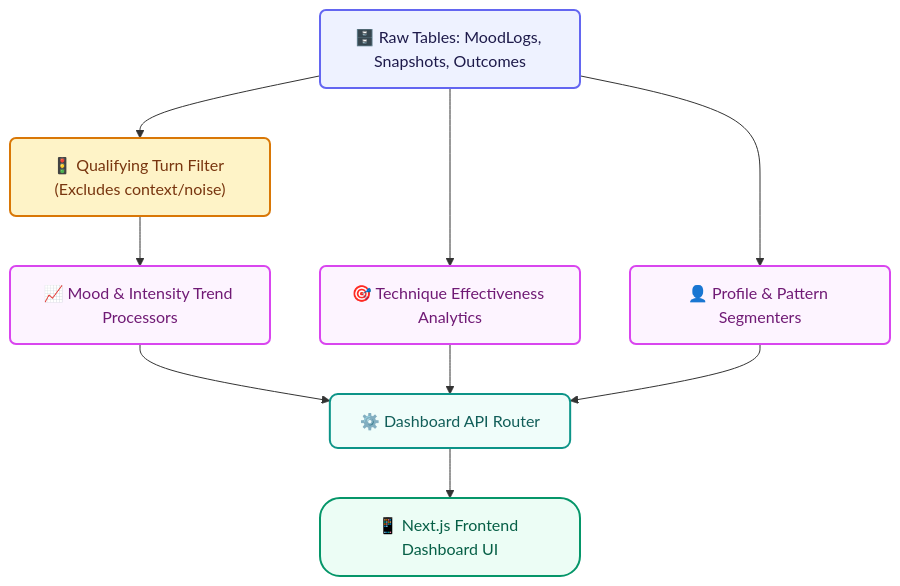
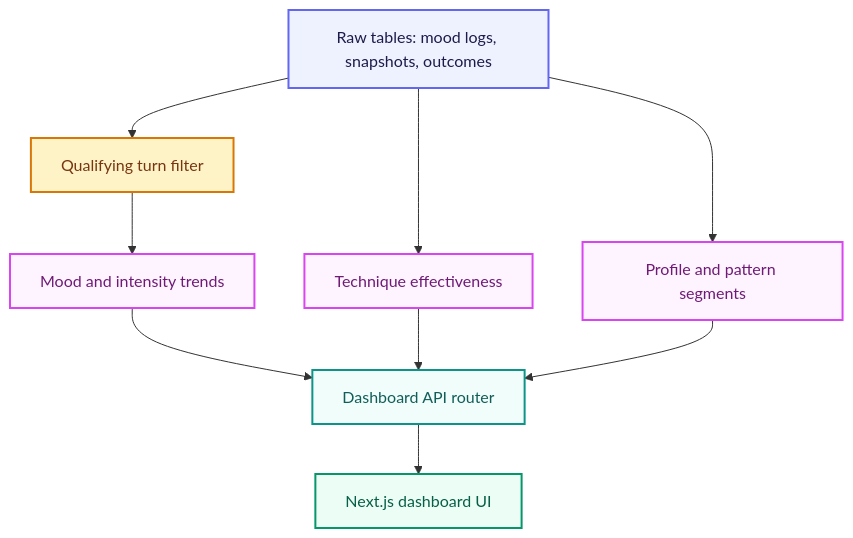
One commit to taha-mehmood-03/Personlaized-Trainer-Using-Agentic-AI changed diagram 14 of 20 in README.md. Above: the diagram before and after it, drawn with Mermaid. The commit also changed other lines of this file, not shown here.

````diff
--- a/README.md
+++ b/README.md
@@ -1104,26 +932,24 @@
 ```mermaid
 flowchart TD
-    %% Class Definitions
-    classDef input fill:#EEF2FF,stroke:#6366F1,stroke-width:2px,color:#1E1B4B,rx:6px,ry:6px;
+    classDef input fill:#EEF2FF,stroke:#6366F1,stroke-width:2px,color:#1E1B4B;
     classDef filter fill:#FEF3C7,stroke:#D97706,stroke-width:2px,color:#78350F;
-    classDef node fill:#FDF4FF,stroke:#D946EF,stroke-width:2px,color:#701A75,rx:6px,ry:6px;
-    classDef api fill:#F0FDFA,stroke:#0D9488,stroke-width:2px,color:#115E59,rx:8px,ry:8px;
-    classDef ui fill:#ECFDF5,stroke:#059669,stroke-width:2px,color:#065F46,rx:20px,ry:20px;
+    classDef node fill:#FDF4FF,stroke:#D946EF,stroke-width:2px,color:#701A75;
+    classDef api fill:#F0FDFA,stroke:#0D9488,stroke-width:2px,color:#115E59;
+    classDef ui fill:#ECFDF5,stroke:#059669,stroke-width:2px,color:#065F46;
 
-    Records["🗄️ Raw Tables: MoodLogs, Snapshots, Outcomes"]:::input
-    Filter["🚦 Qualifying Turn Filter (Excludes context/noise)"]:::filter
-    Trends["📈 Mood & Intensity Trend Processors"]:::node
-    Techniques["🎯 Technique Effectiveness Analytics"]:::node
-    Profile["👤 Profile & Pattern Segmenters"]:::node
-    Dashboard["⚙️ Dashboard API Router"]:::api
-    UI["📱 Next.js Frontend Dashboard UI"]:::ui
+    Records["Raw tables: mood logs, snapshots, outcomes"]:::input
+    Filter["Qualifying turn filter"]:::filter
+    Trends["Mood and intensity trends"]:::node
+    Techniques["Technique effectiveness"]:::node
+    Profile["Profile and pattern segments"]:::node
+    Dashboard["Dashboard API router"]:::api
+    UI["Next.js dashboard UI"]:::ui
 
-    Records --> Filter
-    Filter --> Trends
+    Records --> Filter --> Trends
     Records --> Techniques
     Records --> Profile
     Trends --> Dashboard
     Techniques --> Dashboard
     Profile --> Dashboard
     Dashboard --> UI
 ```
````
